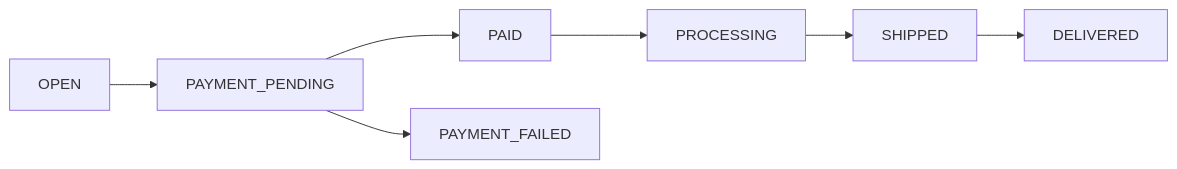
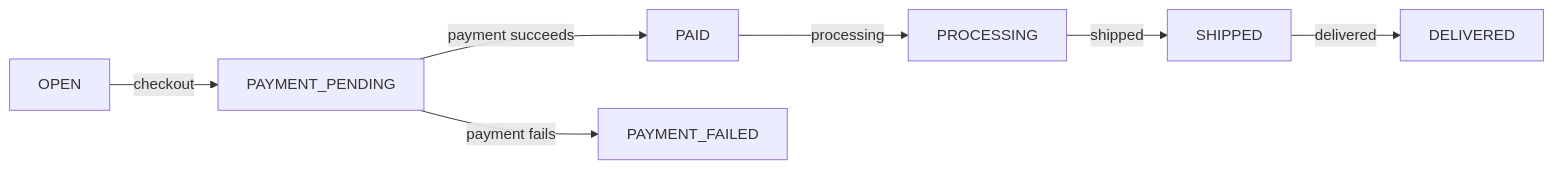
One commit to kiki-world-01/Docs changed the diagram in api-reference/orders.mdx. Above: the diagram before and after it, drawn with Mermaid. The commit also changed other lines of this file and 5 other files, not shown here.

````diff
--- a/api-reference/orders.mdx
+++ b/api-reference/orders.mdx
@@ -26,6 +99,9 @@
 ```mermaid
 graph LR
-    OPEN --> PAYMENT_PENDING --> PAID
-    PAYMENT_PENDING --> PAYMENT_FAILED
-    PAID --> PROCESSING --> SHIPPED --> DELIVERED
+    OPEN -->|checkout| PAYMENT_PENDING
+    PAYMENT_PENDING -->|payment succeeds| PAID
+    PAYMENT_PENDING -->|payment fails| PAYMENT_FAILED
+    PAID -->|processing| PROCESSING
+    PROCESSING -->|shipped| SHIPPED
+    SHIPPED -->|delivered| DELIVERED
 ```
````
